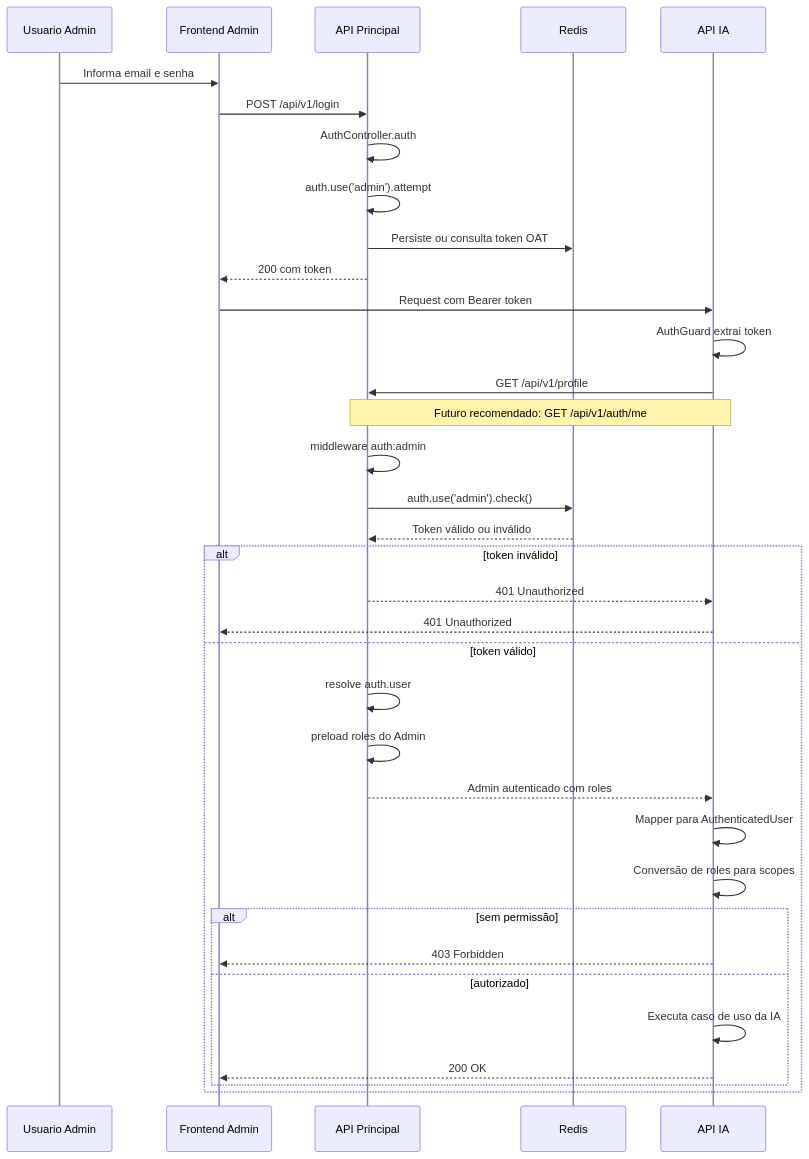
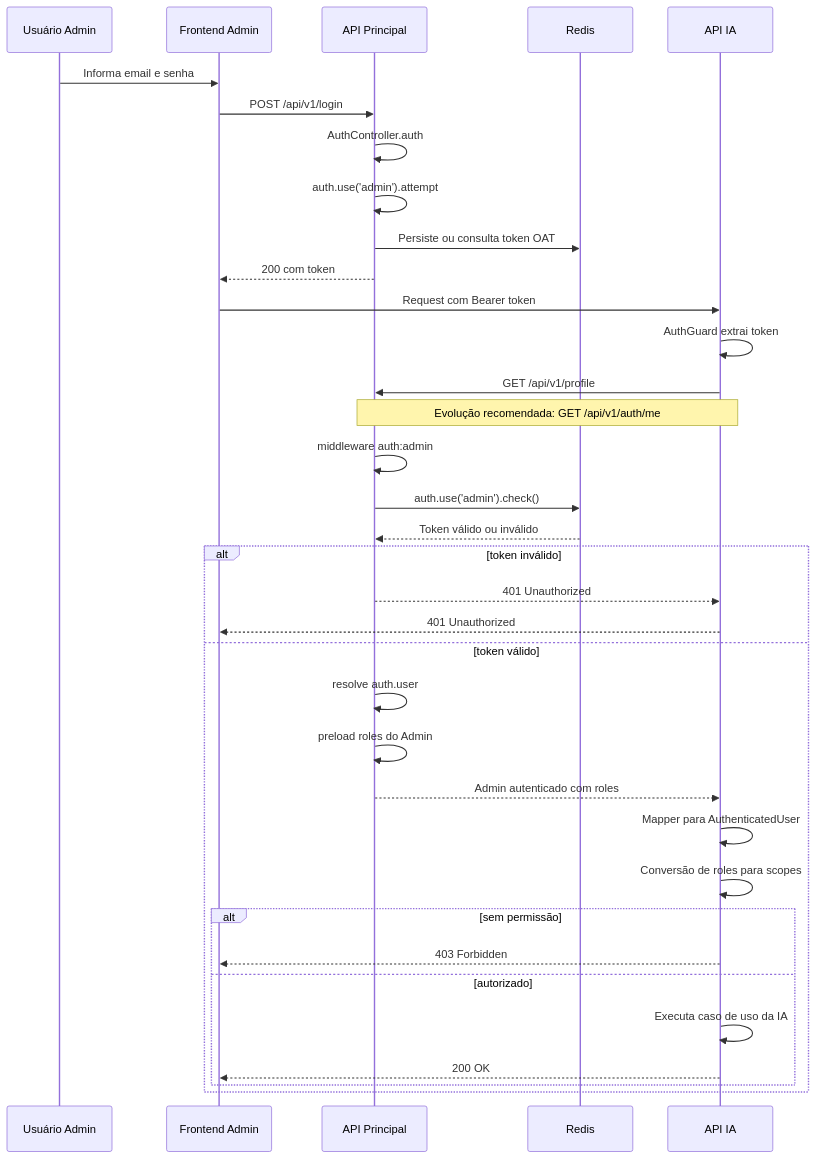
Before and after one commit to matheusdiamantino-betalent/IA: the fourth of 8 diagrams in RFC-0001-Auth.md, drawn with Mermaid. The commit also changed other lines of this file, not shown here.

````diff
--- a/RFC-0001-Auth.md
+++ b/RFC-0001-Auth.md
@@ -241,41 +368,41 @@
 ```mermaid
 sequenceDiagram
-    participant U as Usuario Admin
+    participant U as Usuário Admin
     participant F as Frontend Admin
     participant P as API Principal
     participant R as Redis
     participant I as API IA
 
     U->>F: Informa email e senha
     F->>P: POST /api/v1/login
     P->>P: AuthController.auth
     P->>P: auth.use('admin').attempt
     P->>R: Persiste ou consulta token OAT
     P-->>F: 200 com token
 
     F->>I: Request com Bearer token
     I->>I: AuthGuard extrai token
     I->>P: GET /api/v1/profile
-    Note over I,P: Futuro recomendado: GET /api/v1/auth/me
+    Note over I,P: Evolução recomendada: GET /api/v1/auth/me
     P->>P: middleware auth:admin
     P->>R: auth.use('admin').check()
     R-->>P: Token válido ou inválido
 
     alt token inválido
         P-->>I: 401 Unauthorized
         I-->>F: 401 Unauthorized
     else token válido
         P->>P: resolve auth.user
         P->>P: preload roles do Admin
         P-->>I: Admin autenticado com roles
         I->>I: Mapper para AuthenticatedUser
         I->>I: Conversão de roles para scopes
 
         alt sem permissão
             I-->>F: 403 Forbidden
         else autorizado
             I->>I: Executa caso de uso da IA
             I-->>F: 200 OK
         end
     end
 ```
````
